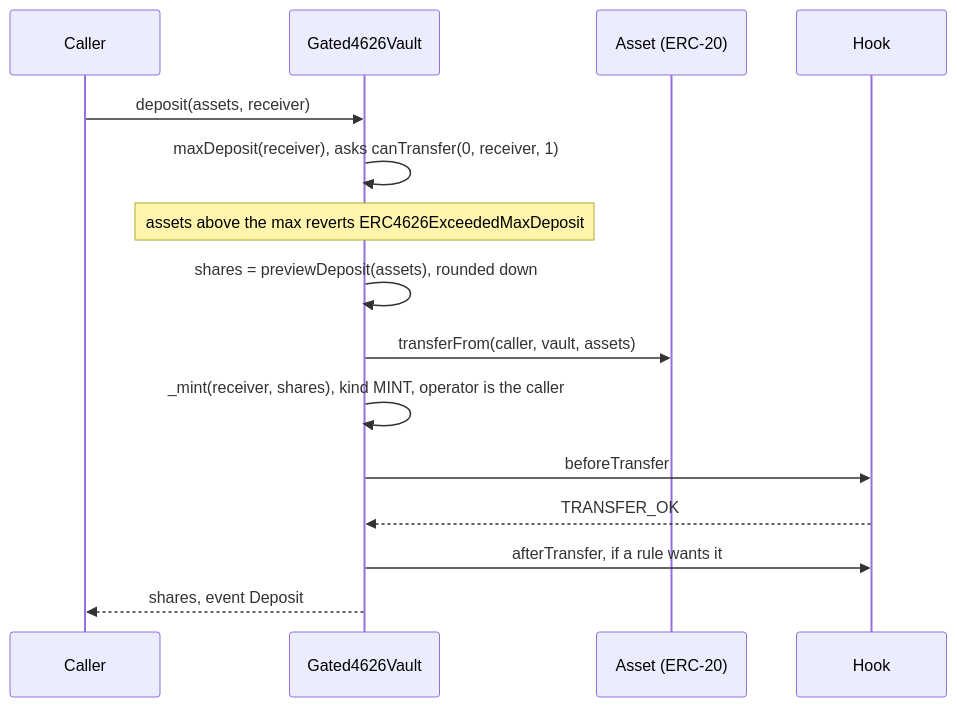
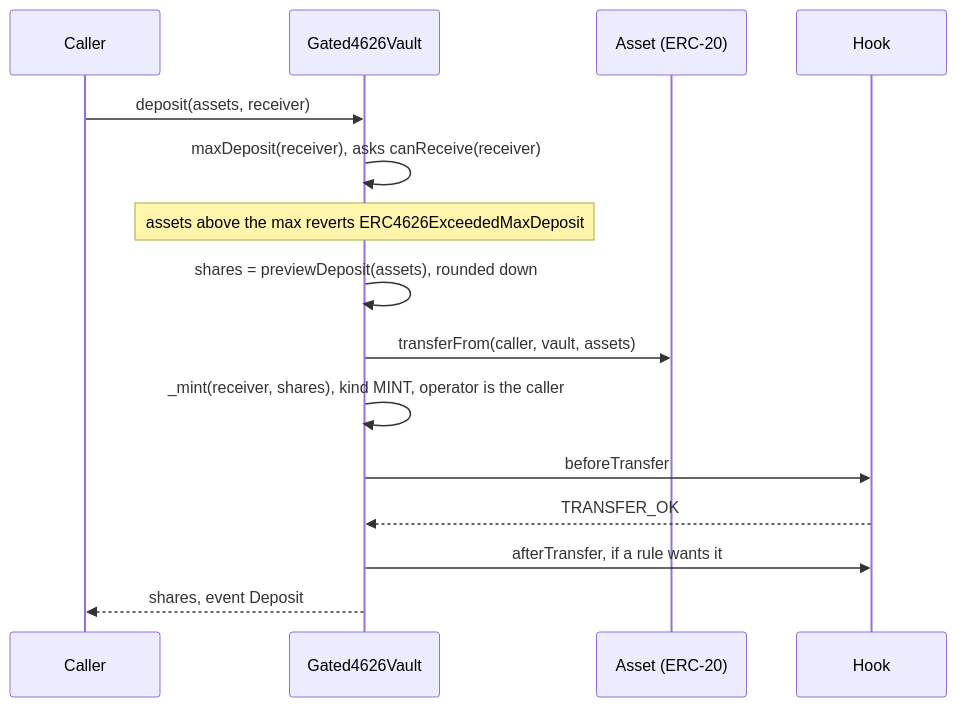
One commit to fepvenancio/rwa-token changed the first of 6 diagrams in docs/flows-vaults.md. Above: the diagram before and after it, drawn with Mermaid. The commit also changed other lines of this file and 13 other files, not shown here.

````diff
--- a/docs/flows-vaults.md
+++ b/docs/flows-vaults.md
@@ -18,17 +18,17 @@
 ```mermaid
 sequenceDiagram
   participant U as Caller
   participant V as Gated4626Vault
   participant A as Asset (ERC-20)
   participant H as Hook
   U->>V: deposit(assets, receiver)
-  V->>V: maxDeposit(receiver), asks canTransfer(0, receiver, 1)
+  V->>V: maxDeposit(receiver), asks canReceive(receiver)
   Note over V: assets above the max reverts ERC4626ExceededMaxDeposit
   V->>V: shares = previewDeposit(assets), rounded down
   V->>A: transferFrom(caller, vault, assets)
   V->>V: _mint(receiver, shares), kind MINT, operator is the caller
   V->>H: beforeTransfer
   H-->>V: TRANSFER_OK
   V->>H: afterTransfer, if a rule wants it
   V-->>U: shares, event Deposit
 ```
````
